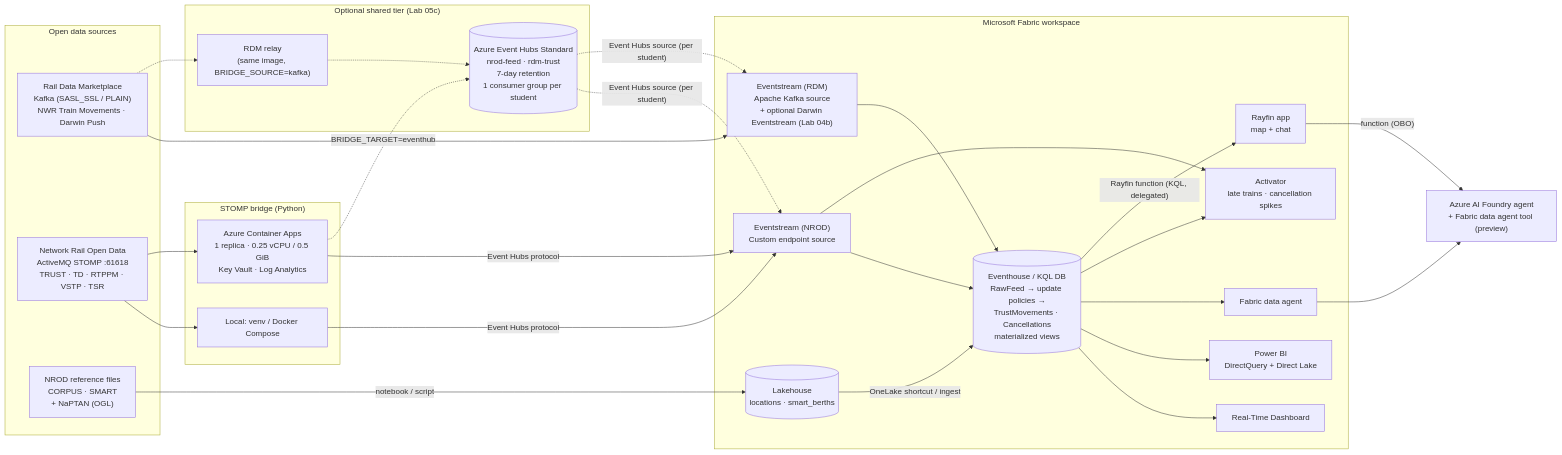
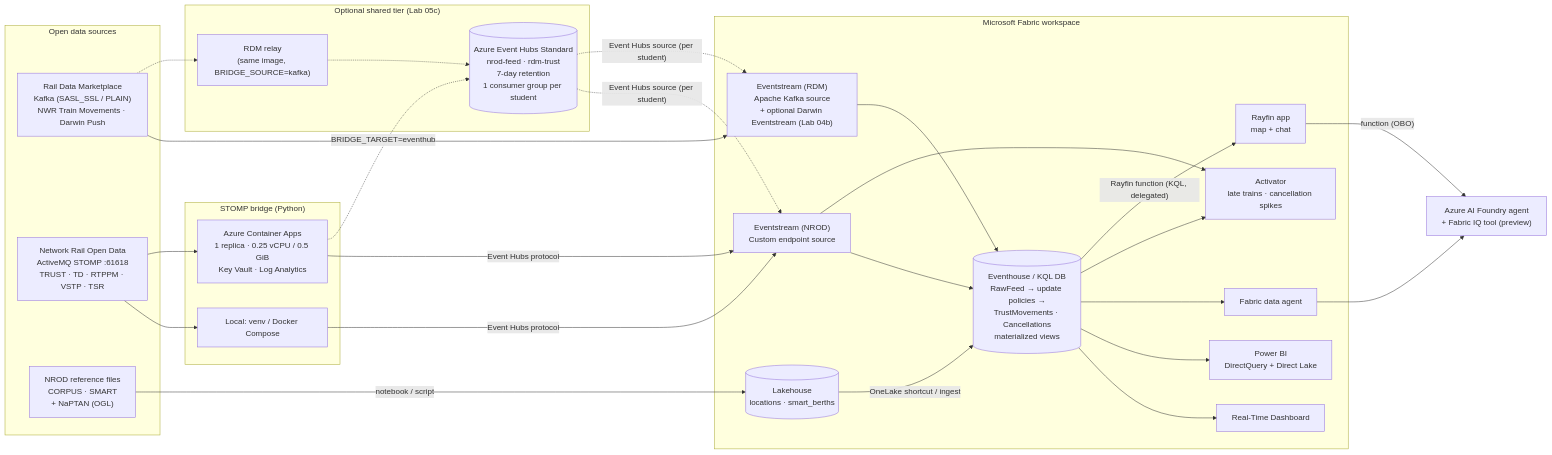
Before and after one commit to ShaneOsborne/Real-Time-Rail-Intelligence-on-Microsoft-Fabric: the diagram in README.md, drawn with Mermaid. The commit also changed other lines of this file and 12 other files, not shown here.

````diff
--- a/README.md
+++ b/README.md
@@ -31,50 +31,50 @@
 ```mermaid
 flowchart LR
   subgraph Sources["Open data sources"]
     RDM["Rail Data Marketplace<br/>Kafka (SASL_SSL / PLAIN)<br/>NWR Train Movements · Darwin Push"]
     NROD["Network Rail Open Data<br/>ActiveMQ STOMP :61618<br/>TRUST · TD · RTPPM · VSTP · TSR"]
     REF["NROD reference files<br/>CORPUS · SMART<br/>+ NaPTAN (OGL)"]
   end
 
   subgraph Bridge["STOMP bridge (Python)"]
     LOCAL["Local: venv / Docker Compose"]
     ACA["Azure Container Apps<br/>1 replica · 0.25 vCPU / 0.5 GiB<br/>Key Vault · Log Analytics"]
   end
 
   subgraph Fabric["Microsoft Fabric workspace"]
     ESR["Eventstream (RDM)<br/>Apache Kafka source<br/>+ optional Darwin Eventstream (Lab 04b)"]
     ESN["Eventstream (NROD)<br/>Custom endpoint source"]
     EH[("Eventhouse / KQL DB<br/>RawFeed → update policies →<br/>TrustMovements · Cancellations<br/>materialized views")]
     LH[("Lakehouse<br/>locations · smart_berths")]
     ACT["Activator<br/>late trains · cancellation spikes"]
     RTD["Real-Time Dashboard"]
     PBI["Power BI<br/>DirectQuery + Direct Lake"]
     DA["Fabric data agent"]
     APP["Rayfin app<br/>map + chat"]
   end
 
-  FOUNDRY["Azure AI Foundry agent<br/>+ Fabric data agent tool (preview)"]
+  FOUNDRY["Azure AI Foundry agent<br/>+ Fabric IQ tool (preview)"]
 
   subgraph Shared["Optional shared tier (Lab 05c)"]
     EHNS[("Azure Event Hubs Standard<br/>nrod-feed · rdm-trust<br/>7-day retention<br/>1 consumer group per student")]
     RELAY["RDM relay<br/>(same image, BRIDGE_SOURCE=kafka)"]
   end
 
   RDM --> ESR
   NROD --> LOCAL & ACA
   LOCAL -- Event Hubs protocol --> ESN
   ACA -- Event Hubs protocol --> ESN
   ACA -. "BRIDGE_TARGET=eventhub" .-> EHNS
   RDM -.-> RELAY -.-> EHNS
   EHNS -. "Event Hubs source (per student)" .-> ESN
   EHNS -. "Event Hubs source (per student)" .-> ESR
   ESR --> EH
   ESN --> EH
   ESN --> ACT
   REF -- notebook / script --> LH
   LH -- OneLake shortcut / ingest --> EH
   EH --> RTD & PBI & DA & ACT
   DA --> FOUNDRY
   EH -- "Rayfin function (KQL, delegated)" --> APP
   APP -- function (OBO) --> FOUNDRY
 ```
````
